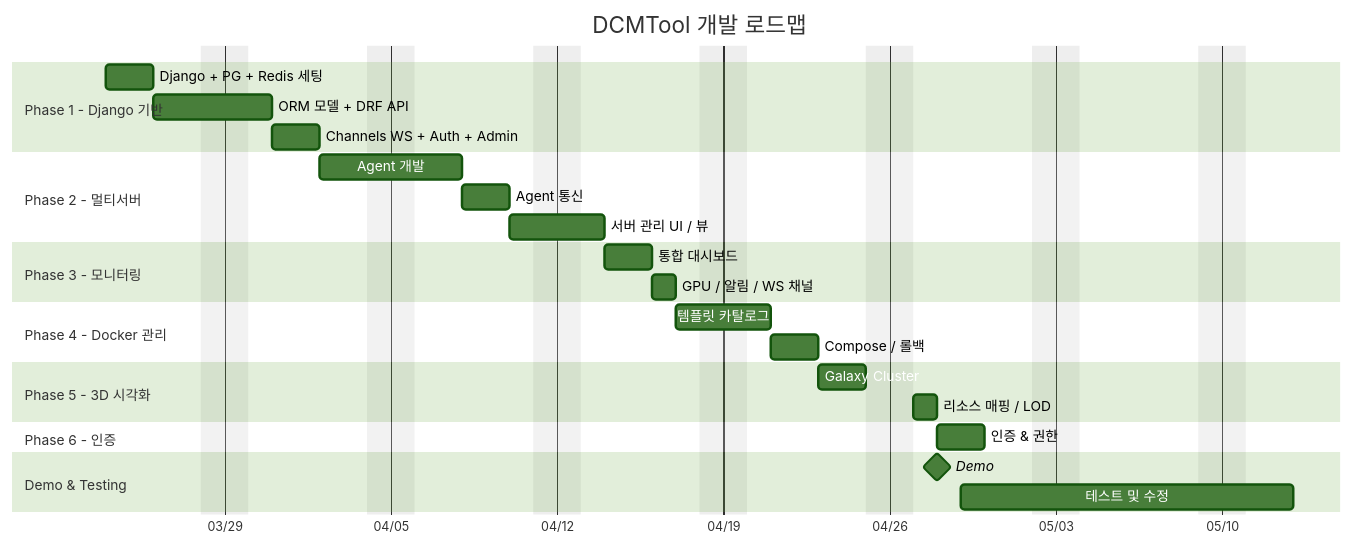
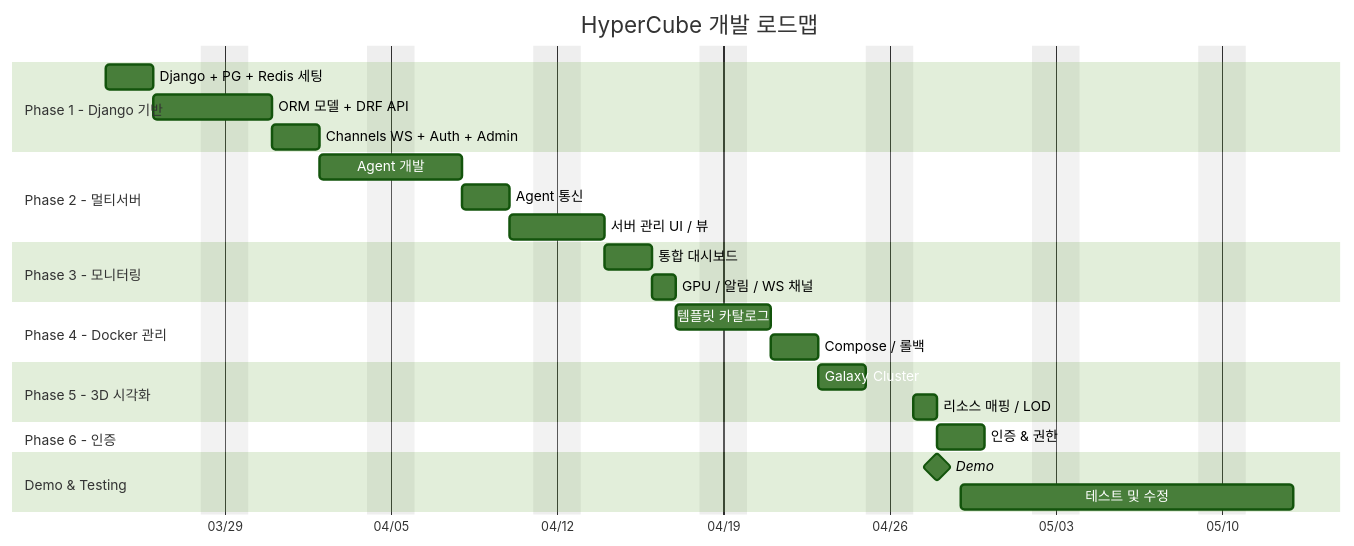
One commit to qkr7287/HyperCube changed diagram 11 of 11 in docs/to-be-architecture.md. Above: the diagram before and after it, drawn with Mermaid (forest theme). The commit also changed other lines of this file and 15 other files, not shown here.

First line of the commit message:
refactor: rename project DCMTool → HyperCube

````diff
--- a/docs/to-be-architecture.md
+++ b/docs/to-be-architecture.md
@@ -697,36 +697,36 @@
 ```mermaid
 gantt
-    title DCMTool 개발 로드맵
+    title HyperCube 개발 로드맵
     dateFormat YYYY-MM-DD
     axisFormat %m/%d
     excludes weekends
 
     section Phase 1 - Django 기반
     Django + PG + Redis 세팅    :p1a, 2026-03-24, 2d
     ORM 모델 + DRF API          :p1b, after p1a, 3d
     Channels WS + Auth + Admin  :p1c, after p1b, 2d
 
     section Phase 2 - 멀티서버
     Agent 개발           :p2a, after p1c, 4d
     Agent 통신           :p2b, after p2a, 2d
     서버 관리 UI / 뷰     :p2c, after p2b, 2d
 
     section Phase 3 - 모니터링
     통합 대시보드          :p3a, after p2c, 2d
     GPU / 알림 / WS 채널  :p3b, after p3a, 1d
 
     section Phase 4 - Docker 관리
     템플릿 카탈로그        :p4a, after p3b, 2d
     Compose / 롤백        :p4b, after p4a, 2d
 
     section Phase 5 - 3D 시각화
     Galaxy Cluster        :p5a, after p4b, 2d
     리소스 매핑 / LOD     :p5b, after p5a, 1d
 
     section Phase 6 - 인증
     인증 & 권한           :p6a, after p5b, 2d
 
     section Demo & Testing
     Demo                 :milestone, demo, 2026-04-28, 0d
     테스트 및 수정         :test, 2026-04-29, 10d
 ```
````
